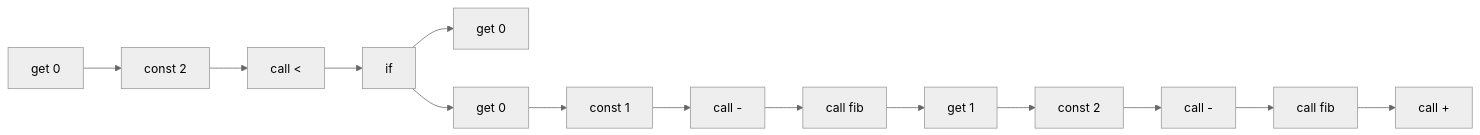
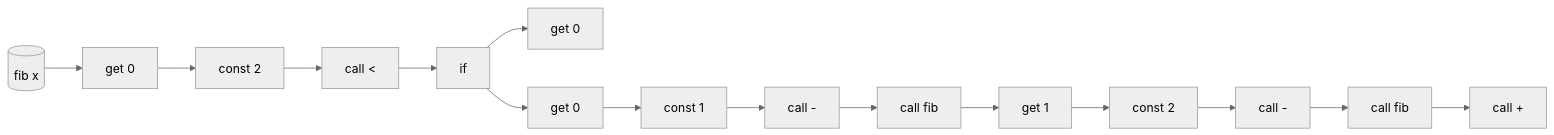
Before and after one commit to raviqqe/doc: the diagram in slides/papers/stak-scheme/fibonacci.mmd, drawn with Mermaid (neutral theme).

```diff
--- a/slides/papers/stak-scheme/fibonacci.mmd
+++ b/slides/papers/stak-scheme/fibonacci.mmd
@@ -1,5 +1,6 @@
 flowchart LR
+  f0[(fib x)] --> c0
   c0[get 0] --> c1[const 2] --> c2[call <] --> c4
   c4[if] -->  c5[get 0]
   c4 -->  c6[get 0] --> c7[const 1] --> c8[call -] --> c9[call fib] --> c10
   c10[get 1] --> c11[const 2] --> c12[call -] --> c13[call fib] --> c14[call +]
```
